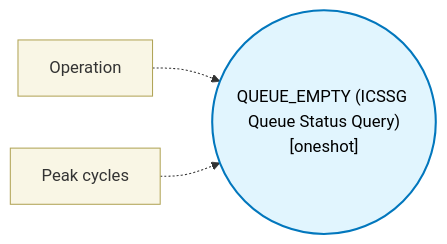
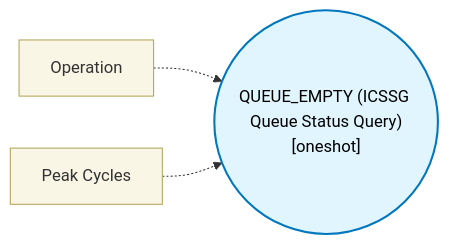
Before and after one commit to TexasInstruments/pru-no-code-tool: the diagram in docs/block-reference/blocks/queue_empty_block/design.md, drawn with Mermaid. The commit also changed other lines of this file and 89 other files, not shown here.

````diff
--- a/docs/block-reference/blocks/queue_empty_block/design.md
+++ b/docs/block-reference/blocks/queue_empty_block/design.md
@@ -11,8 +11,8 @@
 ```mermaid
 flowchart LR
   classDef config fill:#f9f6e5,stroke:#b1a457,stroke-width:1px,color:#333;
   classDef core fill:#e1f5fe,stroke:#0277bd,stroke-width:2px,color:#000;
   CORE(("QUEUE_EMPTY (ICSSG Queue Status Query)\n[oneshot]")):::core
   CFG0["Operation"]:::config -.-> CORE
-  CFG1["Peak cycles"]:::config -.-> CORE
+  CFG1["Peak Cycles"]:::config -.-> CORE
 ```
````
